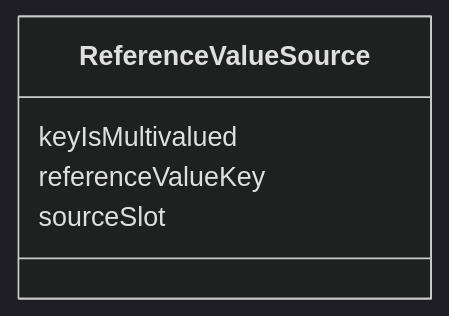
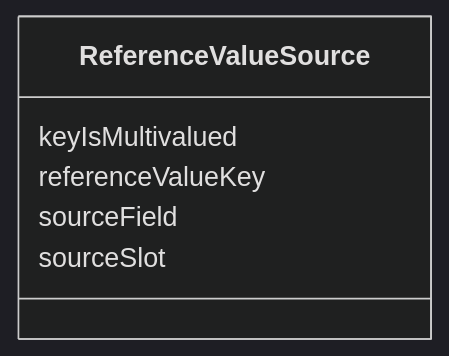
One commit to mc2-center/governanceDUO changed the diagram in docs/reference/classes/ReferenceValueSource.md. Above: the diagram before and after it, drawn with Mermaid (dark theme). The commit also changed other lines of this file and 62 other files, not shown here.

First line of the commit message:
Regenerate auto-generated schema reference; ignore __pycache__

````diff
--- a/docs/reference/classes/ReferenceValueSource.md
+++ b/docs/reference/classes/ReferenceValueSource.md
@@ -23,12 +23,14 @@
 ```mermaid
  classDiagram
     class ReferenceValueSource
     click ReferenceValueSource href "../../classes/ReferenceValueSource/"
       ReferenceValueSource : keyIsMultivalued
         
       ReferenceValueSource : referenceValueKey
         
+      ReferenceValueSource : sourceField
+        
       ReferenceValueSource : sourceSlot
         
       
 ```
````
